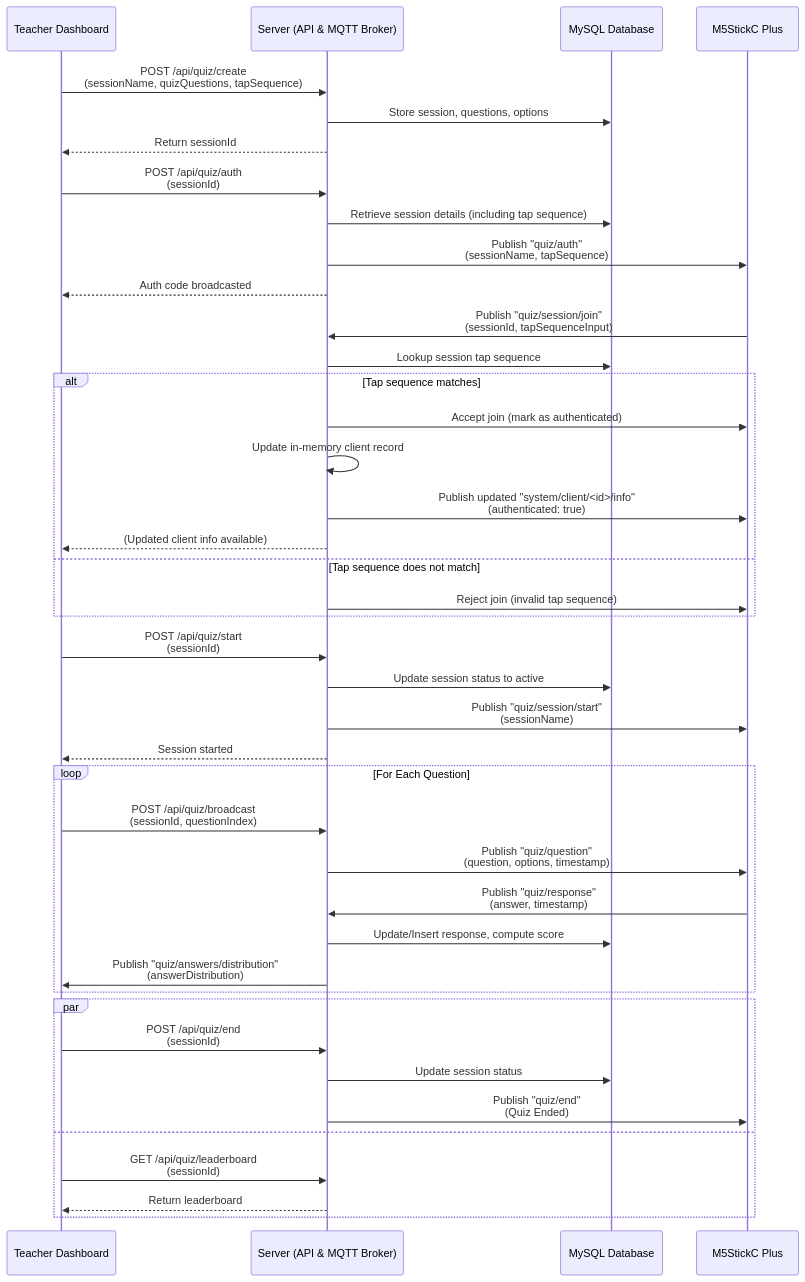
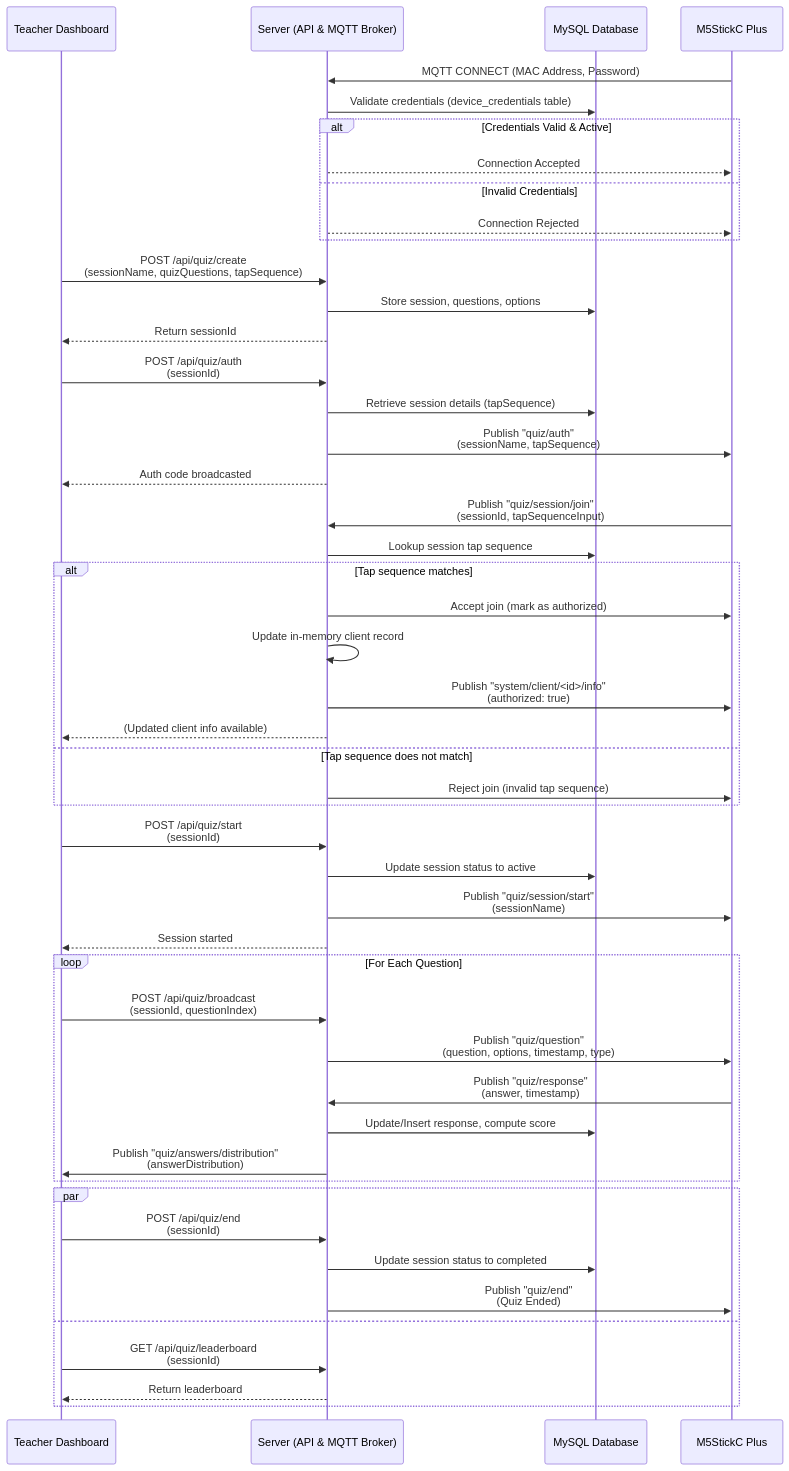
One commit to jiaweing/IoT-Quiz changed the third of 4 diagrams in README.md. Above: the diagram before and after it, drawn with Mermaid. The commit also changed other lines of this file and 3 other files, not shown here.

````diff
--- a/README.md
+++ b/README.md
@@ -53,55 +78,64 @@
 ```mermaid
 sequenceDiagram
     participant T as Teacher Dashboard
     participant S as Server (API & MQTT Broker)
     participant D as MySQL Database
     participant M as M5StickC Plus
 
+    %% Device Authentication Phase (Only for MQTT)
+    M->>S: MQTT CONNECT (MAC Address, Password)
+    S->>D: Validate credentials (device_credentials table)
+    alt Credentials Valid & Active
+        S-->>M: Connection Accepted
+    else Invalid Credentials
+        S-->>M: Connection Rejected
+    end
+
     %% Quiz Creation and Authorization Broadcast
     T->>S: POST /api/quiz/create<br/>(sessionName, quizQuestions, tapSequence)
     S->>D: Store session, questions, options
     S-->>T: Return sessionId
 
     T->>S: POST /api/quiz/auth<br/>(sessionId)
-    S->>D: Retrieve session details (including tap sequence)
+    S->>D: Retrieve session details (tapSequence)
     S->>M: Publish "quiz/auth"<br/>(sessionName, tapSequence)
     S-->>T: Auth code broadcasted
 
     %% M5Stick joins session by sending tap sequence
     M->>S: Publish "quiz/session/join"<br/>(sessionId, tapSequenceInput)
     S->>D: Lookup session tap sequence
     alt Tap sequence matches
-        S->>M: Accept join (mark as authenticated)
+        S->>M: Accept join (mark as authorized)
         S->>S: Update in-memory client record
-        S->>M: Publish updated "system/client/<id>/info"<br/>(authenticated: true)
+        S->>M: Publish "system/client/<id>/info"<br/>(authorized: true)
         S-->>T: (Updated client info available)
     else Tap sequence does not match
         S->>M: Reject join (invalid tap sequence)
     end
 
     %% Starting the Quiz Session
     T->>S: POST /api/quiz/start<br/>(sessionId)
     S->>D: Update session status to active
     S->>M: Publish "quiz/session/start"<br/>(sessionName)
     S-->>T: Session started
 
     %% For Each Question
     loop For Each Question
         T->>S: POST /api/quiz/broadcast<br/>(sessionId, questionIndex)
-        S->>M: Publish "quiz/question"<br/>(question, options, timestamp)
+        S->>M: Publish "quiz/question"<br/>(question, options, timestamp, type)
         M->>S: Publish "quiz/response"<br/>(answer, timestamp)
         S->>D: Update/Insert response, compute score
-        S->>T: Publish "quiz/answers/distribution" <br/> (answerDistribution)
+        S->>T: Publish "quiz/answers/distribution"<br/>(answerDistribution)
     end
 
     %% End Quiz Session
    
     par
       T->>S: POST /api/quiz/end<br/>(sessionId)
-      S->>D: Update session status
+      S->>D: Update session status to completed
       S->>M: Publish "quiz/end"<br/>(Quiz Ended)
     and
       T->>S: GET /api/quiz/leaderboard<br/>(sessionId)
       S-->>T: Return leaderboard
     end
 ```
````
